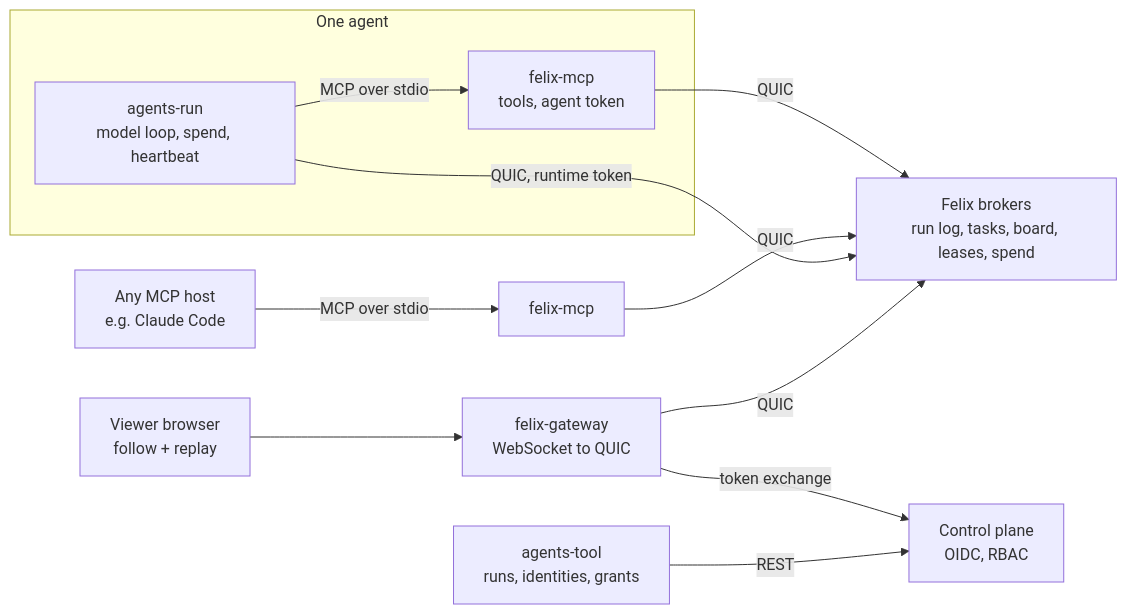
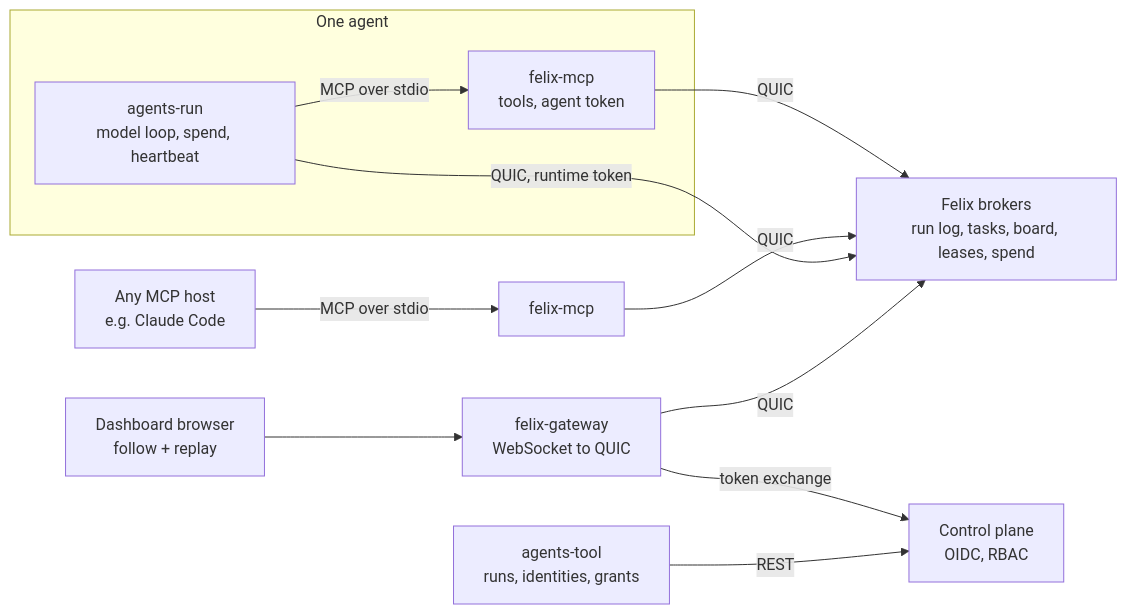
One commit to GetFelix/KBL changed the diagram in docs/design.md. Above: the diagram before and after it, drawn with Mermaid. The commit also changed other lines of this file and 25 other files, not shown here.

````diff
--- a/docs/design.md
+++ b/docs/design.md
@@ -70,16 +58,16 @@
 ```mermaid
 flowchart LR
     subgraph Agent["One agent"]
         RT["agents-run<br/>model loop, spend, heartbeat"]
         MCP["felix-mcp<br/>tools, agent token"]
         RT -->|MCP over stdio| MCP
     end
     H["Any MCP host<br/>e.g. Claude Code"] -->|MCP over stdio| MCP2["felix-mcp"]
     MCP -->|QUIC| BR["Felix brokers<br/>run log, tasks, board, leases, spend"]
     MCP2 -->|QUIC| BR
     RT -->|QUIC, runtime token| BR
-    V["Viewer browser<br/>follow + replay"] --> GW["felix-gateway<br/>WebSocket to QUIC"]
+    V["Dashboard browser<br/>follow + replay"] --> GW["felix-gateway<br/>WebSocket to QUIC"]
     GW -->|QUIC| BR
     GW -->|token exchange| CP["Control plane<br/>OIDC, RBAC"]
     T["agents-tool<br/>runs, identities, grants"] -->|REST| CP
 ```
````
